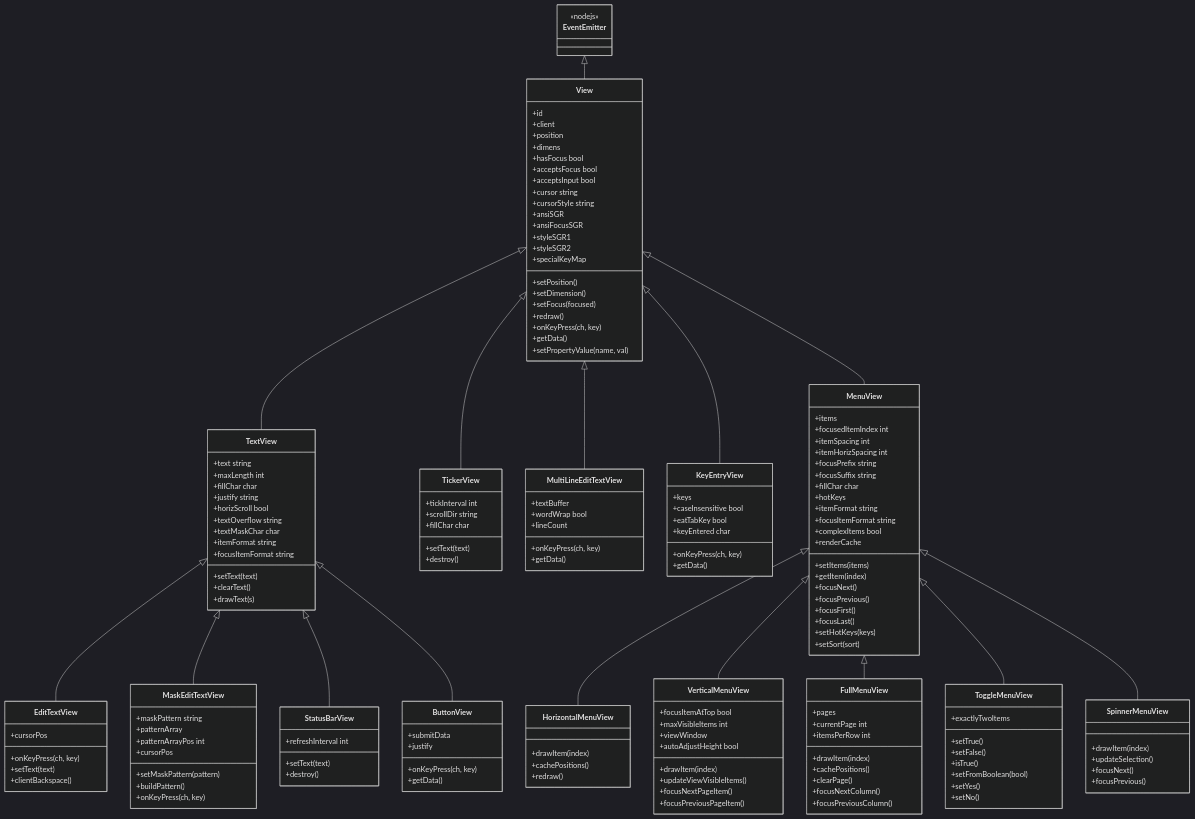
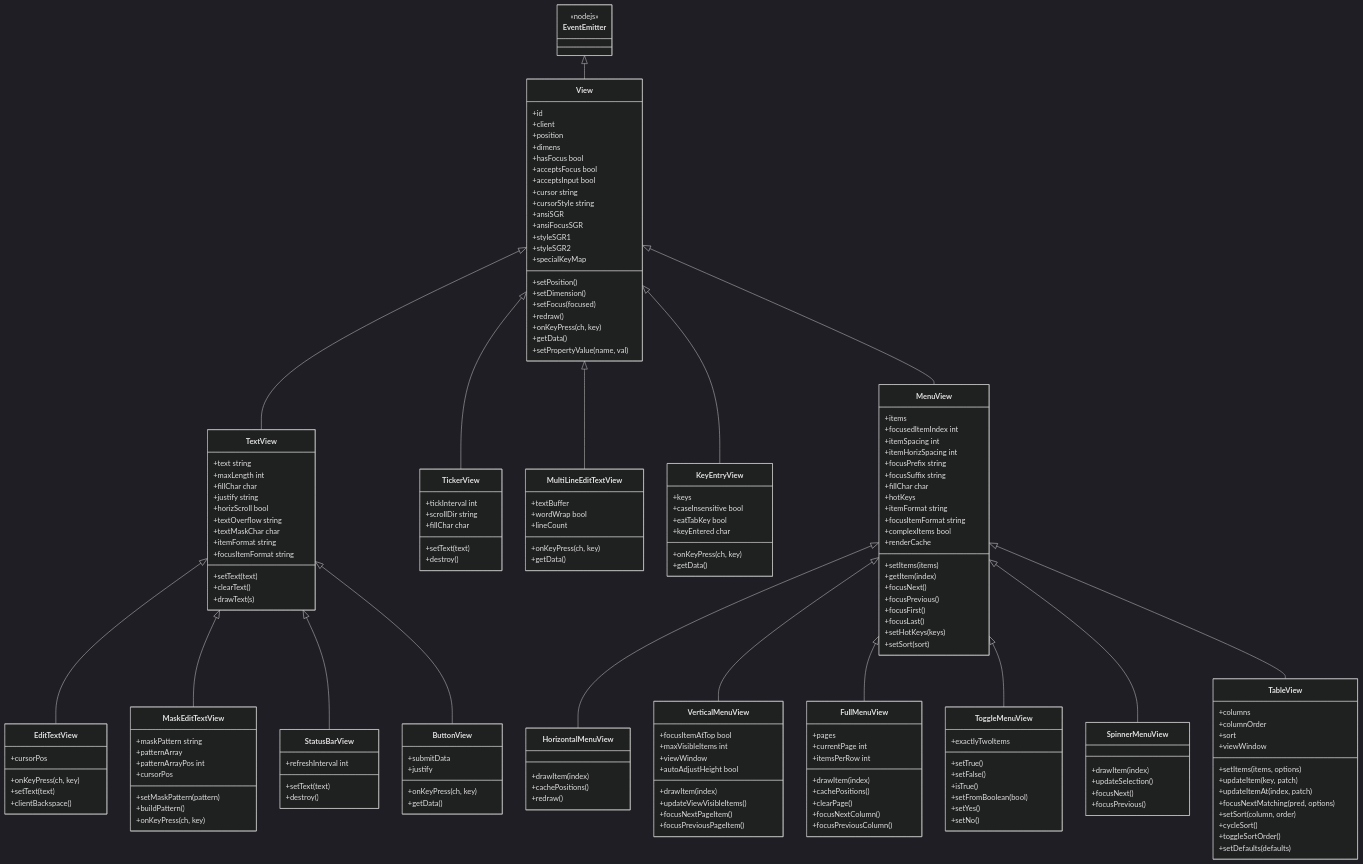
One commit to NuSkooler/enigma-bbs changed the diagram in website/src/content/docs/art/views/views.md. Above: the diagram before and after it, drawn with Mermaid (dark theme). The commit also changed other lines of this file and 11 other files, not shown here.

First line of the commit message:
feat(views): Table View (%TV) with columns, groups and sorting; bump to 0.6.1-beta (#447) (#1115)

````diff
--- a/website/src/content/docs/art/views/views.md
+++ b/website/src/content/docs/art/views/views.md
@@ -301,6 +304,21 @@
         +setNo()
     }
 
+    class TableView {
+        +columns
+        +columnOrder
+        +sort
+        +viewWindow
+        +setItems(items, options)
+        +updateItem(key, patch)
+        +updateItemAt(index, patch)
+        +focusNextMatching(pred, options)
+        +setSort(column, order)
+        +cycleSort()
+        +toggleSortOrder()
+        +setDefaults(defaults)
+    }
+
     class SpinnerMenuView {
         +drawItem(index)
         +updateSelection()
@@ -323,4 +341,5 @@
     MenuView <|-- FullMenuView
     MenuView <|-- ToggleMenuView
     MenuView <|-- SpinnerMenuView
+    MenuView <|-- TableView
 ```
````
